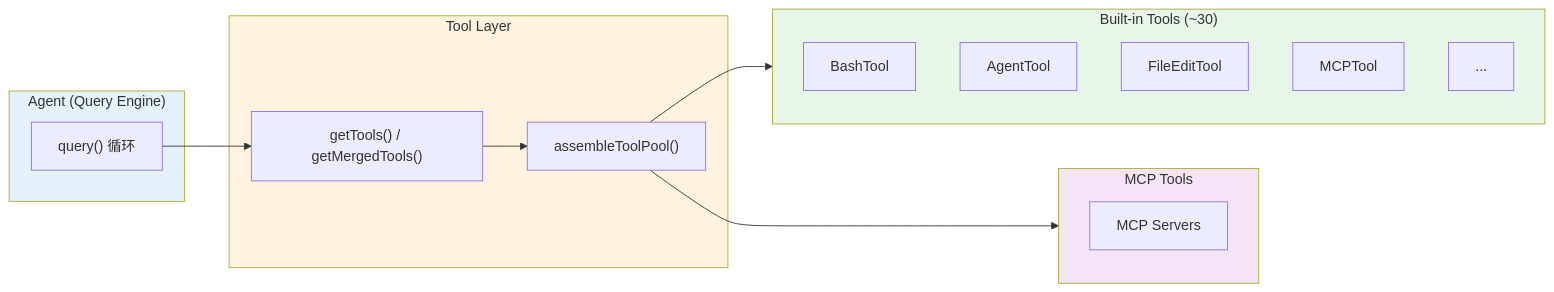
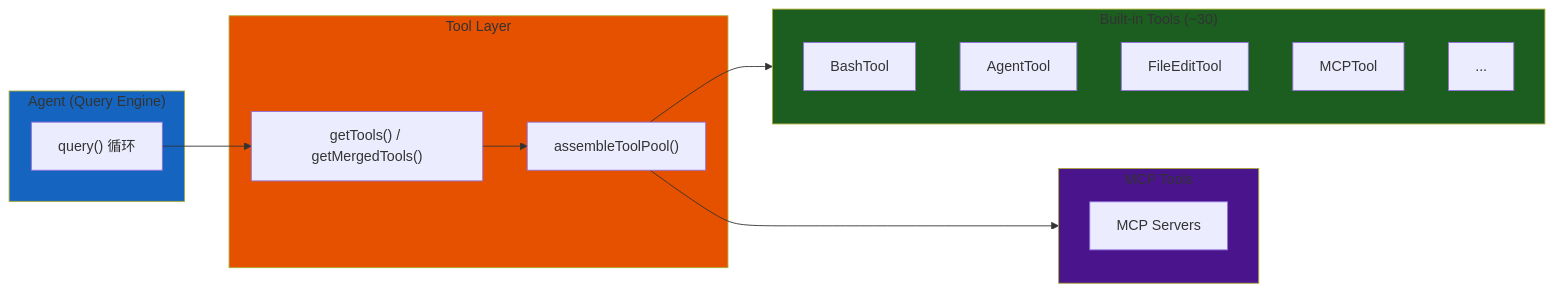
The first of 6 diagrams in harness/docs/deep/TOOL-SYSTEM.md (platootalp/harness-code), drawn with Mermaid before and after one commit. The commit also changed 10 other files, not shown here.

````diff
--- a/harness/docs/deep/TOOL-SYSTEM.md
+++ b/harness/docs/deep/TOOL-SYSTEM.md
@@ -9,33 +9,33 @@
 ```mermaid
 flowchart LR
     subgraph Agent["Agent (Query Engine)"]
         query["query() 循环"]
     end
 
     subgraph ToolLayer["Tool Layer"]
         tools["getTools() / getMergedTools()"]
         pool["assembleToolPool()"]
     end
 
     subgraph BuiltInTools["Built-in Tools (~30)"]
         Bash["BashTool"]
         AgentT["AgentTool"]
         FileEdit["FileEditTool"]
         MCPT["MCPTool"]
         Others["..."]
     end
 
     subgraph MCPLayer["MCP Tools"]
         mcpServers["MCP Servers"]
     end
 
     query --> tools
     tools --> pool
     pool --> BuiltInTools
     pool --> MCPLayer
 
-    style Agent fill:#e3f2fd
-    style ToolLayer fill:#fff3e0
-    style BuiltInTools fill:#e8f5e9
-    style MCPLayer fill:#f3e5f5
+    style Agent fill:#1565c0
+    style ToolLayer fill:#e65100
+    style BuiltInTools fill:#1b5e20
+    style MCPLayer fill:#4a148c
 ```
````
